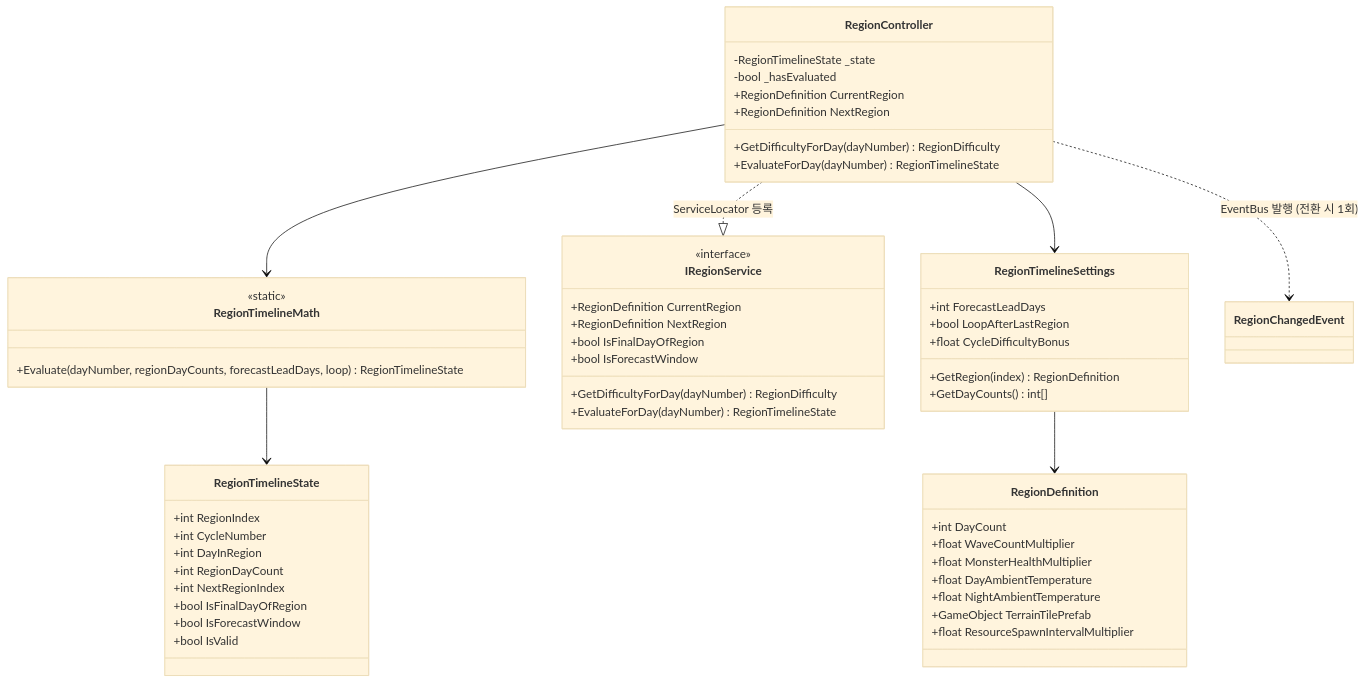
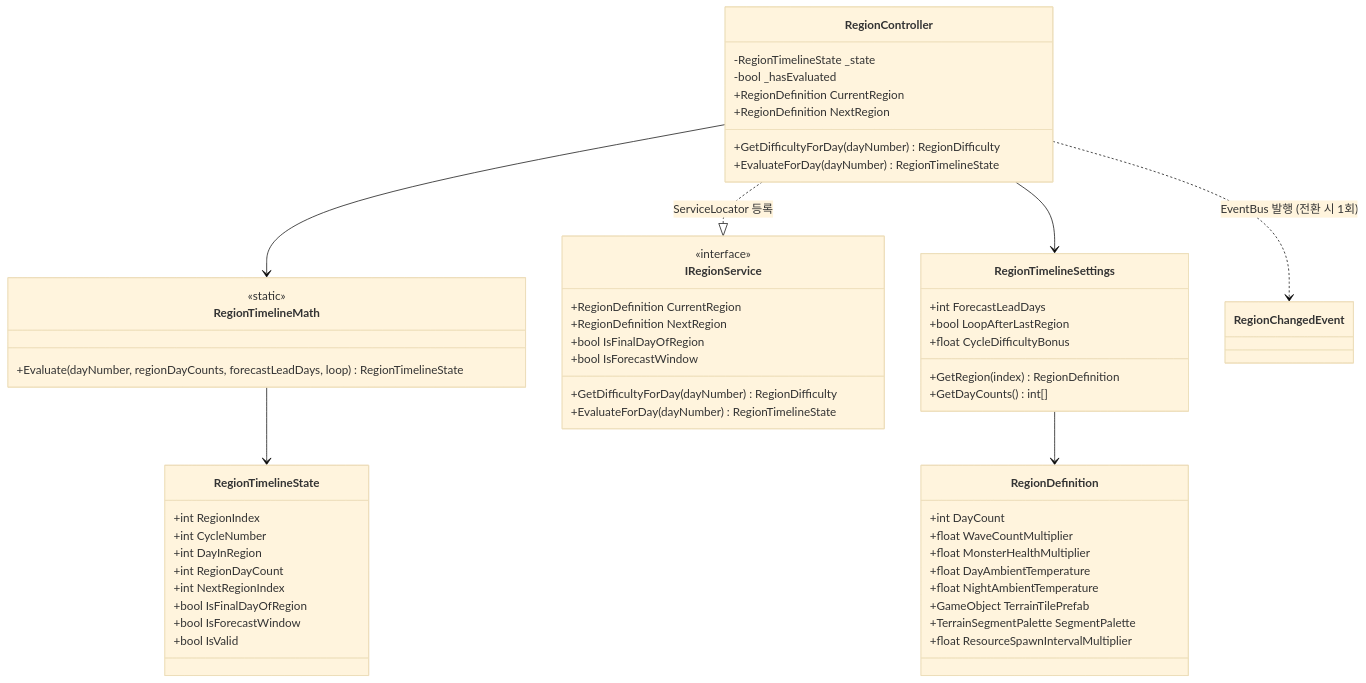
One commit to hanwoolhanwool/Train-Survival changed the first of 2 diagrams in docs/specs/region/region-timeline.md. Above: the diagram before and after it, drawn with Mermaid (base theme). The commit also changed other lines of this file and 4 other files, not shown here.

````diff
--- a/docs/specs/region/region-timeline.md
+++ b/docs/specs/region/region-timeline.md
@@ -62,56 +62,57 @@
 ```mermaid
 classDiagram
     class RegionController {
         -RegionTimelineState _state
         -bool _hasEvaluated
         +RegionDefinition CurrentRegion
         +RegionDefinition NextRegion
         +GetDifficultyForDay(dayNumber) RegionDifficulty
         +EvaluateForDay(dayNumber) RegionTimelineState
     }
     class RegionTimelineMath {
         <<static>>
         +Evaluate(dayNumber, regionDayCounts, forecastLeadDays, loop) RegionTimelineState
     }
     class RegionTimelineState {
         +int RegionIndex
         +int CycleNumber
         +int DayInRegion
         +int RegionDayCount
         +int NextRegionIndex
         +bool IsFinalDayOfRegion
         +bool IsForecastWindow
         +bool IsValid
     }
     class IRegionService {
         <<interface>>
         +RegionDefinition CurrentRegion
         +RegionDefinition NextRegion
         +bool IsFinalDayOfRegion
         +bool IsForecastWindow
         +GetDifficultyForDay(dayNumber) RegionDifficulty
         +EvaluateForDay(dayNumber) RegionTimelineState
     }
     class RegionDefinition {
         +int DayCount
         +float WaveCountMultiplier
         +float MonsterHealthMultiplier
         +float DayAmbientTemperature
         +float NightAmbientTemperature
         +GameObject TerrainTilePrefab
+        +TerrainSegmentPalette SegmentPalette
         +float ResourceSpawnIntervalMultiplier
     }
     class RegionTimelineSettings {
         +int ForecastLeadDays
         +bool LoopAfterLastRegion
         +float CycleDifficultyBonus
         +GetRegion(index) RegionDefinition
         +GetDayCounts() int[]
     }
     RegionController ..|> IRegionService : ServiceLocator 등록
     RegionController --> RegionTimelineMath
     RegionController --> RegionTimelineSettings
     RegionTimelineSettings --> RegionDefinition
     RegionTimelineMath --> RegionTimelineState
     RegionController ..> RegionChangedEvent : EventBus 발행 (전환 시 1회)
 ```
````
